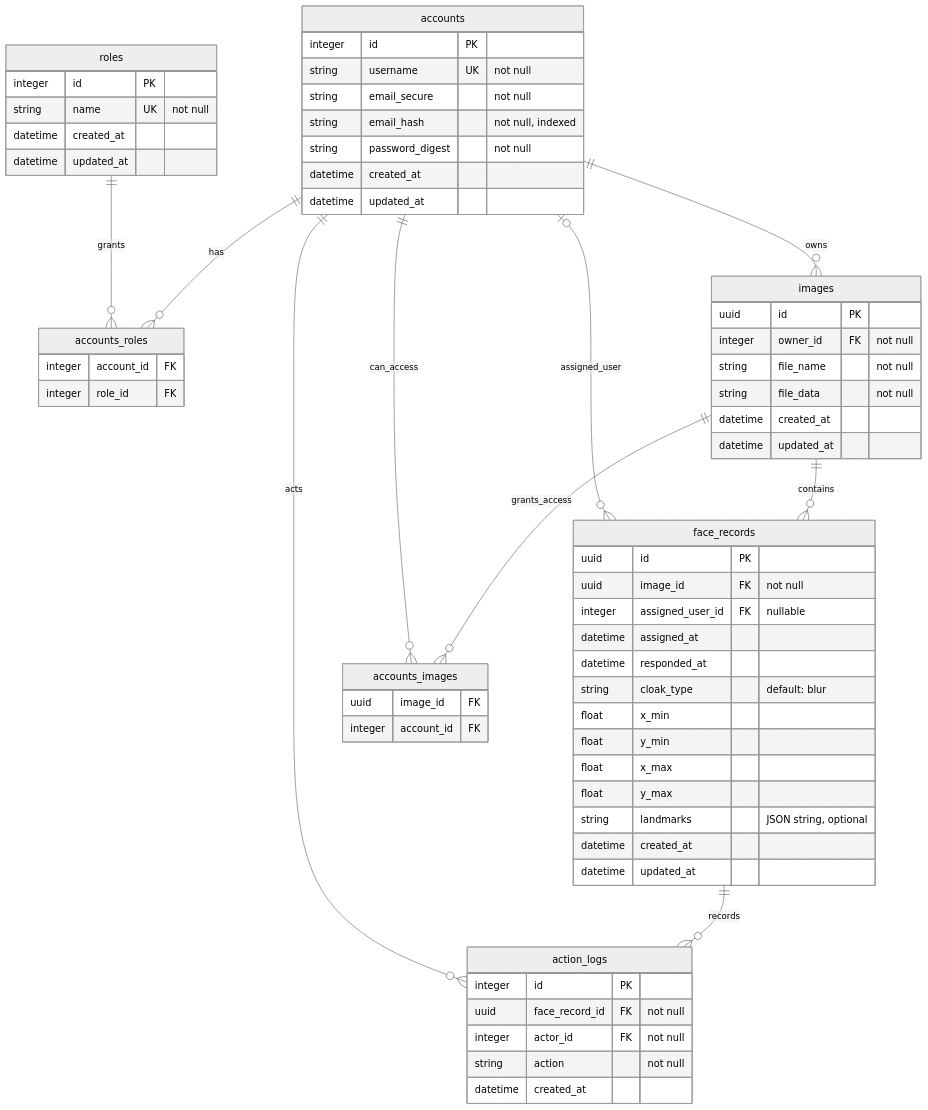
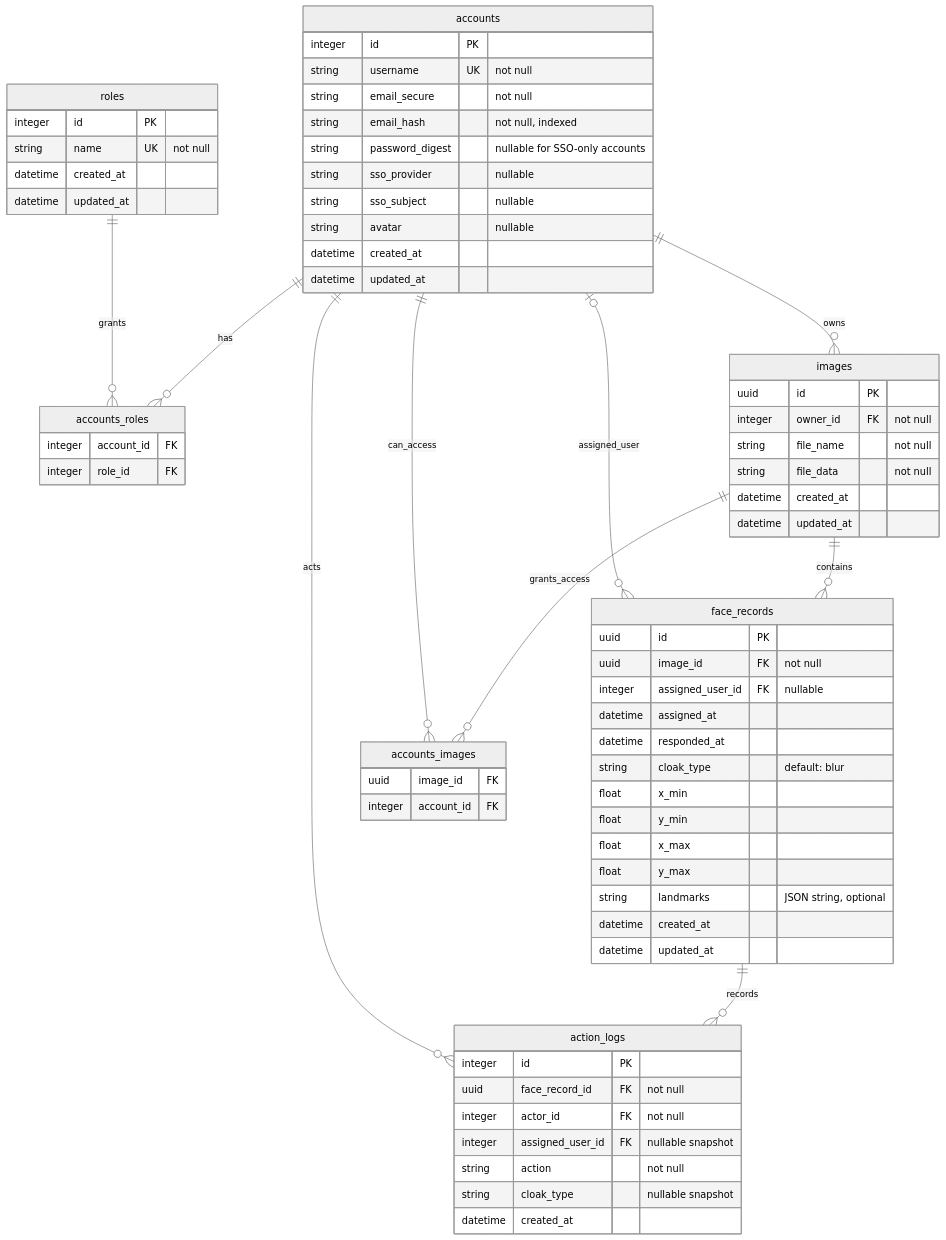
Before and after one commit to SAcurity/face-cloak-api: the diagram in docs/schema.md, drawn with Mermaid (neutral theme). The commit also changed other lines of this file and 40 other files, not shown here.

````diff
--- a/docs/schema.md
+++ b/docs/schema.md
@@ -5,72 +5,77 @@
 ```mermaid
 erDiagram
     accounts {
         integer id PK
         string username UK "not null"
         string email_secure "not null"
         string email_hash "not null, indexed"
-        string password_digest "not null"
+        string password_digest "nullable for SSO-only accounts"
+        string sso_provider "nullable"
+        string sso_subject "nullable"
+        string avatar "nullable"
         datetime created_at
         datetime updated_at
     }
 
     roles {
         integer id PK
         string name UK "not null"
         datetime created_at
         datetime updated_at
     }
 
     accounts_roles {
         integer account_id FK
         integer role_id FK
     }
 
     images {
         uuid id PK
         integer owner_id FK "not null"
         string file_name "not null"
         string file_data "not null"
         datetime created_at
         datetime updated_at
     }
 
     face_records {
         uuid id PK
         uuid image_id FK "not null"
         integer assigned_user_id FK "nullable"
         datetime assigned_at
         datetime responded_at
         string cloak_type "default: blur"
         float x_min
         float y_min
         float x_max
         float y_max
         string landmarks "JSON string, optional"
         datetime created_at
         datetime updated_at
     }
 
     action_logs {
         integer id PK
         uuid face_record_id FK "not null"
         integer actor_id FK "not null"
+        integer assigned_user_id FK "nullable snapshot"
         string action "not null"
+        string cloak_type "nullable snapshot"
         datetime created_at
     }
 
     accounts_images {
         uuid image_id FK
         integer account_id FK
     }
 
     accounts ||--o{ images : owns
     images ||--o{ face_records : contains
     accounts o|--o{ face_records : assigned_user
     face_records ||--o{ action_logs : records
     accounts ||--o{ action_logs : acts
     accounts ||--o{ accounts_roles : has
     roles ||--o{ accounts_roles : grants
     images ||--o{ accounts_images : grants_access
     accounts ||--o{ accounts_images : can_access
 ```
````
